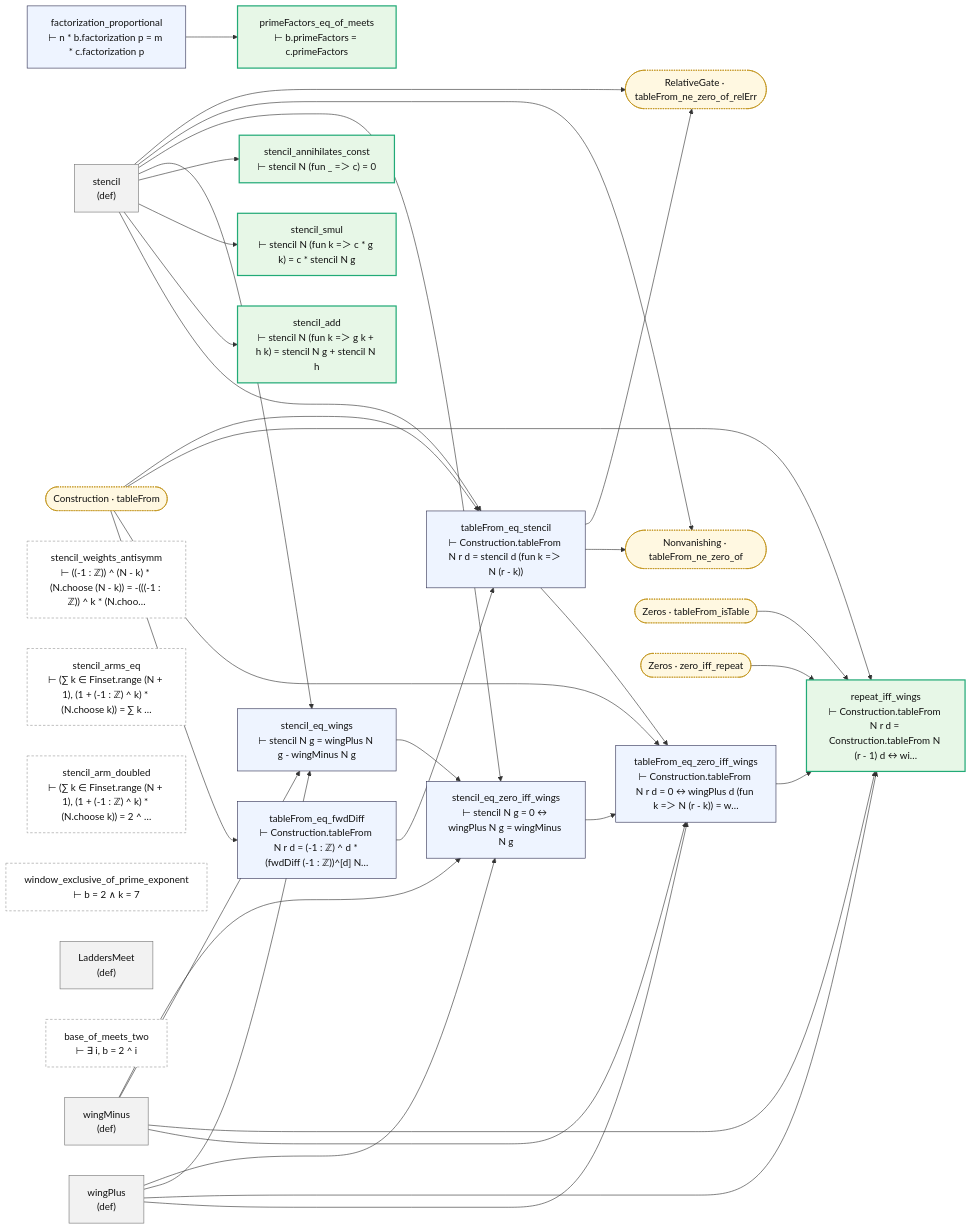
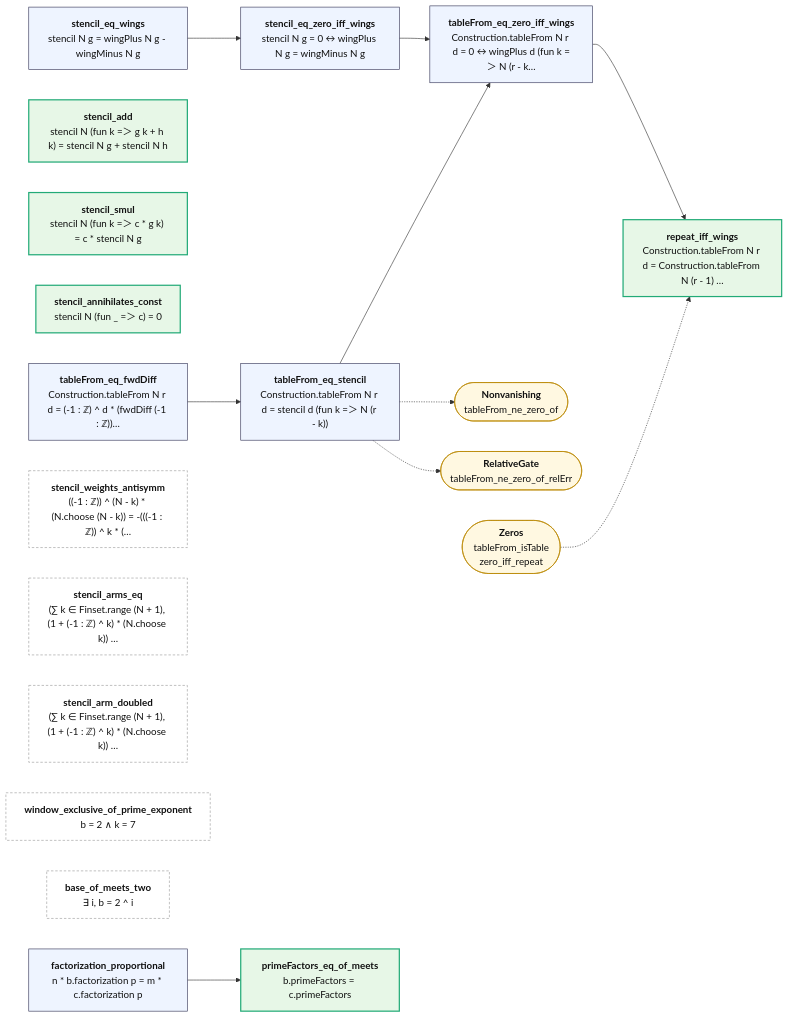
Before and after one commit to juliansambranojr/Primebeat_081426: the diagram in map/lean/ZerosStencil.md, drawn with Mermaid. The commit also changed other lines of this file and 387 other files, not shown here.

````diff
--- a/map/lean/ZerosStencil.md
+++ b/map/lean/ZerosStencil.md
@@ -8,64 +12,36 @@
 ```mermaid
 flowchart LR
-  n0["tableFrom_eq_fwdDiff<br/>⊢ Construction.tableFrom N r d = (-1 : ℤ) ^ d * (fwdDiff (-1 : ℤ))^[d] N…"]:::thm
-  n1["stencil<br/>(def)"]:::dfn
-  n2["tableFrom_eq_stencil<br/>⊢ Construction.tableFrom N r d = stencil d (fun k =＞ N (r - k))"]:::thm
-  n3["stencil_add<br/>⊢ stencil N (fun k =＞ g k + h k) = stencil N g + stencil N h"]:::end_
-  n4["stencil_smul<br/>⊢ stencil N (fun k =＞ c * g k) = c * stencil N g"]:::end_
-  n5["stencil_annihilates_const<br/>⊢ stencil N (fun _ =＞ c) = 0"]:::end_
-  n6["wingPlus<br/>(def)"]:::dfn
-  n7["wingMinus<br/>(def)"]:::dfn
-  n8["stencil_eq_wings<br/>⊢ stencil N g = wingPlus N g - wingMinus N g"]:::thm
-  n9["stencil_eq_zero_iff_wings<br/>⊢ stencil N g = 0 ↔ wingPlus N g = wingMinus N g"]:::thm
-  n10["tableFrom_eq_zero_iff_wings<br/>⊢ Construction.tableFrom N r d = 0 ↔ wingPlus d (fun k =＞ N (r - k)) = w…"]:::thm
-  n11["repeat_iff_wings<br/>⊢ Construction.tableFrom N r d = Construction.tableFrom N (r - 1) d ↔ wi…"]:::end_
-  n12["stencil_weights_antisymm<br/>⊢ ((-1 : ℤ)) ^ (N - k) * (N.choose (N - k)) = -(((-1 : ℤ)) ^ k * (N.choo…"]:::lone
-  n13["stencil_arms_eq<br/>⊢ (∑ k ∈ Finset.range (N + 1), (1 + (-1 : ℤ) ^ k) * (N.choose k)) = ∑ k …"]:::lone
-  n14["stencil_arm_doubled<br/>⊢ (∑ k ∈ Finset.range (N + 1), (1 + (-1 : ℤ) ^ k) * (N.choose k)) = 2 ^ …"]:::lone
-  n15["window_exclusive_of_prime_exponent<br/>⊢ b = 2 ∧ k = 7"]:::lone
-  n16["LaddersMeet<br/>(def)"]:::dfn
-  n17["base_of_meets_two<br/>⊢ ∃ i, b = 2 ^ i"]:::lone
-  n18["factorization_proportional<br/>⊢ n * b.factorization p = m * c.factorization p"]:::thm
-  n19["primeFactors_eq_of_meets<br/>⊢ b.primeFactors = c.primeFactors"]:::end_
-  x0(["Construction · tableFrom"]):::ext
-  x1(["Nonvanishing · tableFrom_ne_zero_of"]):::ext
-  x2(["RelativeGate · tableFrom_ne_zero_of_relErr"]):::ext
-  x3(["Zeros · tableFrom_isTable"]):::ext
-  x4(["Zeros · zero_iff_repeat"]):::ext
-  n0 --> n2
-  n1 --> n2
-  n1 --> n3
-  n1 --> n4
-  n1 --> n5
-  n1 --> n8
-  n1 --> n9
-  n1 --> x1
-  n1 --> x2
-  n10 --> n11
-  n18 --> n19
-  n2 --> n10
-  n2 --> x1
-  n2 --> x2
-  n6 --> n10
-  n6 --> n11
-  n6 --> n8
-  n6 --> n9
-  n7 --> n10
-  n7 --> n11
+  n0["<b>tableFrom_eq_fwdDiff</b><br/>Construction.tableFrom N r d = (-1 : ℤ) ^ d * (fwdDiff (-1 : ℤ))…"]:::thm
+  n1["<b>tableFrom_eq_stencil</b><br/>Construction.tableFrom N r d = stencil d (fun k =＞ N (r - k))"]:::thm
+  n2["<b>stencil_add</b><br/>stencil N (fun k =＞ g k + h k) = stencil N g + stencil N h"]:::end_
+  n3["<b>stencil_smul</b><br/>stencil N (fun k =＞ c * g k) = c * stencil N g"]:::end_
+  n4["<b>stencil_annihilates_const</b><br/>stencil N (fun _ =＞ c) = 0"]:::end_
+  n5["<b>stencil_eq_wings</b><br/>stencil N g = wingPlus N g - wingMinus N g"]:::thm
+  n6["<b>stencil_eq_zero_iff_wings</b><br/>stencil N g = 0 ↔ wingPlus N g = wingMinus N g"]:::thm
+  n7["<b>tableFrom_eq_zero_iff_wings</b><br/>Construction.tableFrom N r d = 0 ↔ wingPlus d (fun k =＞ N (r - k…"]:::thm
+  n8["<b>repeat_iff_wings</b><br/>Construction.tableFrom N r d = Construction.tableFrom N (r - 1) …"]:::end_
+  n9["<b>stencil_weights_antisymm</b><br/>((-1 : ℤ)) ^ (N - k) * (N.choose (N - k)) = -(((-1 : ℤ)) ^ k * (…"]:::lone
+  n10["<b>stencil_arms_eq</b><br/>(∑ k ∈ Finset.range (N + 1), (1 + (-1 : ℤ) ^ k) * (N.choose k)) …"]:::lone
+  n11["<b>stencil_arm_doubled</b><br/>(∑ k ∈ Finset.range (N + 1), (1 + (-1 : ℤ) ^ k) * (N.choose k)) …"]:::lone
+  n12["<b>window_exclusive_of_prime_exponent</b><br/>b = 2 ∧ k = 7"]:::lone
+  n13["<b>base_of_meets_two</b><br/>∃ i, b = 2 ^ i"]:::lone
+  n14["<b>factorization_proportional</b><br/>n * b.factorization p = m * c.factorization p"]:::thm
+  n15["<b>primeFactors_eq_of_meets</b><br/>b.primeFactors = c.primeFactors"]:::end_
+  x0(["<b>Nonvanishing</b><br/>tableFrom_ne_zero_of"]):::ext
+  x1(["<b>RelativeGate</b><br/>tableFrom_ne_zero_of_relErr"]):::ext
+  x2(["<b>Zeros</b><br/>tableFrom_isTable<br/>zero_iff_repeat"]):::ext
+  n0 --> n1
+  n1 --> n7
+  n14 --> n15
+  n5 --> n6
+  n6 --> n7
   n7 --> n8
-  n7 --> n9
-  n8 --> n9
-  n9 --> n10
-  x0 --> n0
-  x0 --> n10
-  x0 --> n11
-  x0 --> n2
-  x3 --> n11
-  x4 --> n11
+  n1 -.-> x0
+  n1 -.-> x1
+  x2 -.-> n8
   classDef thm fill:#eef4ff,stroke:#335,color:#111
-  classDef dfn fill:#f2f2f2,stroke:#777,color:#111
   classDef end_ fill:#e7f7e7,stroke:#2a7,color:#111,stroke-width:2px
   classDef lone fill:#fff,stroke:#999,color:#111,stroke-dasharray:4 3
   classDef bad fill:#ffe5e5,stroke:#c22,color:#111,stroke-width:2px
-  classDef ext fill:#fff8e1,stroke:#b80,color:#111,stroke-dasharray:2 2
+  classDef ext fill:#fff8e1,stroke:#b80,color:#111
 ```
````
